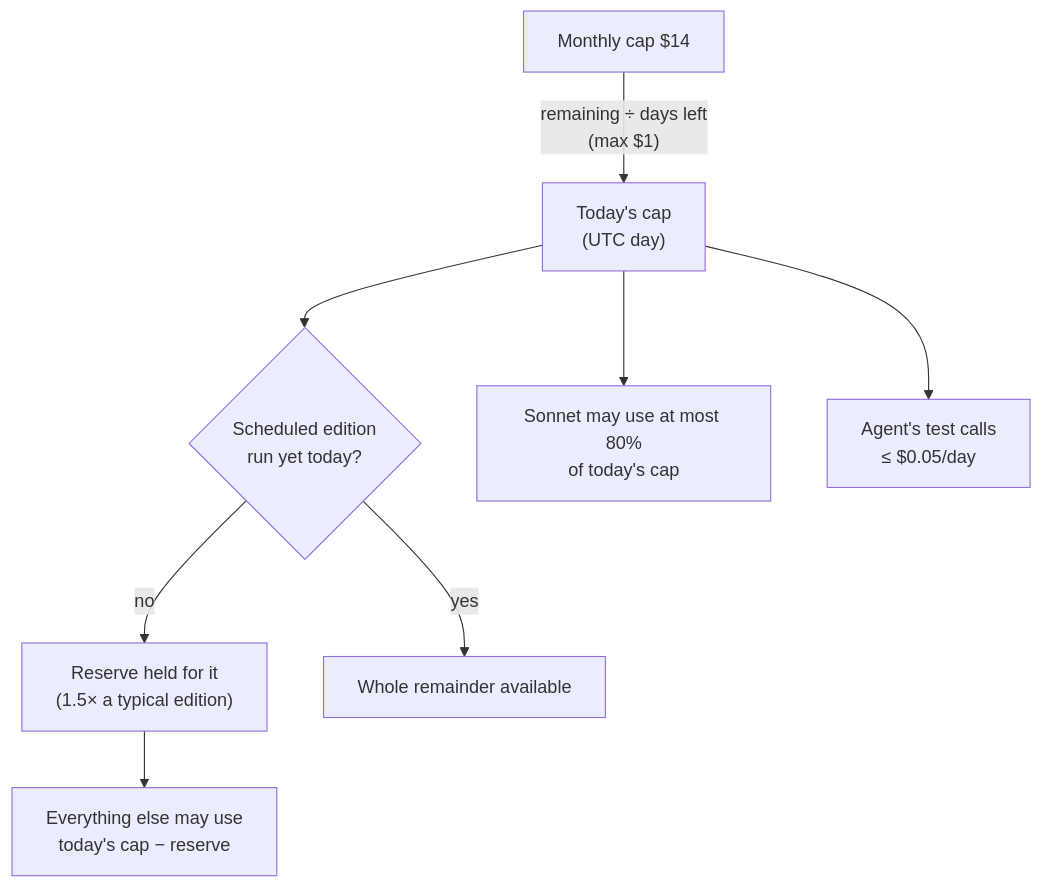
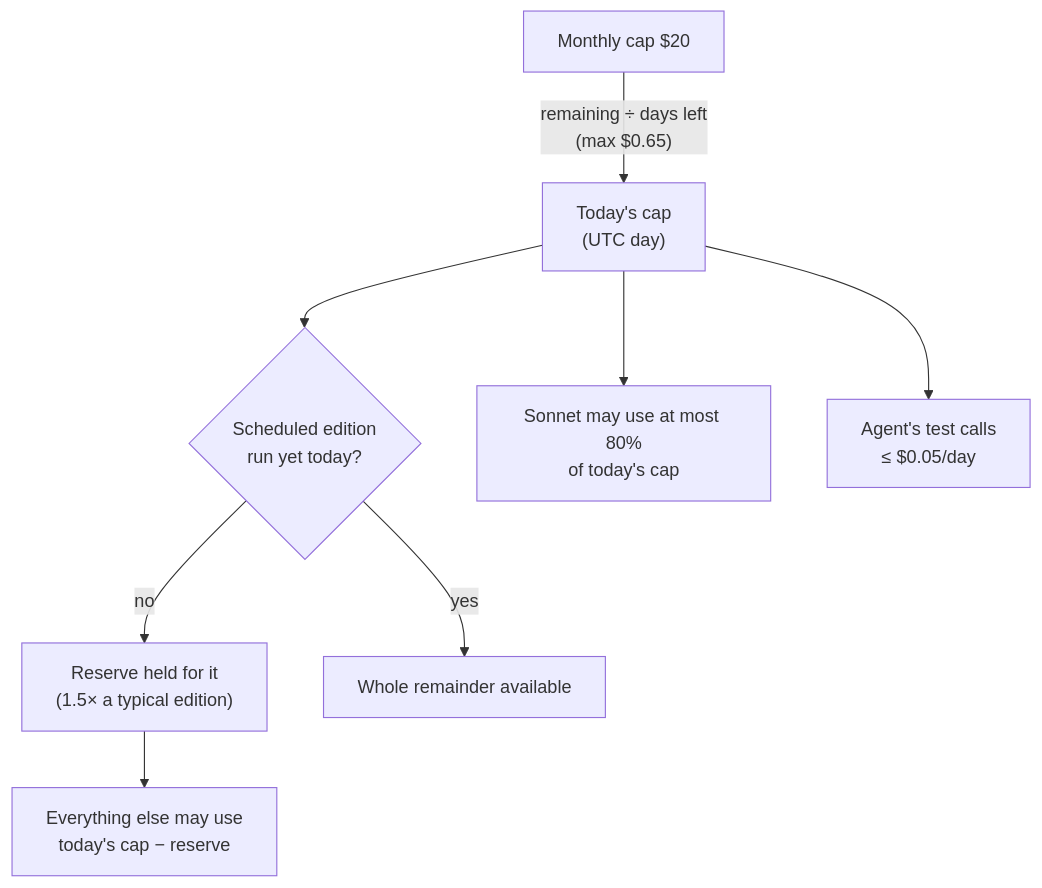
Before and after one commit to EmmadUsmani/news-digest: the first of 2 diagrams in docs/handbook/01-app/06-ai-and-budgets.md, drawn with Mermaid. The commit also changed other lines of this file and 34 other files, not shown here.

````diff
--- a/docs/handbook/01-app/06-ai-and-budgets.md
+++ b/docs/handbook/01-app/06-ai-and-budgets.md
@@ -18,10 +18,10 @@
 ```mermaid
 flowchart TB
-  m["Monthly cap $14"] -->|"remaining ÷ days left<br/>(max $1)"| d["Today's cap<br/>(UTC day)"]
+  m["Monthly cap $20"] -->|"remaining ÷ days left<br/>(max $0.65)"| d["Today's cap<br/>(UTC day)"]
   d --> res{"Scheduled edition<br/>run yet today?"}
   res -- no --> hold["Reserve held for it<br/>(1.5× a typical edition)"]
   res -- yes --> free["Whole remainder available"]
   hold --> other["Everything else may use<br/>today's cap − reserve"]
   d --> son["Sonnet may use at most 80%<br/>of today's cap"]
   d --> ver["Agent's test calls<br/>≤ $0.05/day"]
 ```
````
